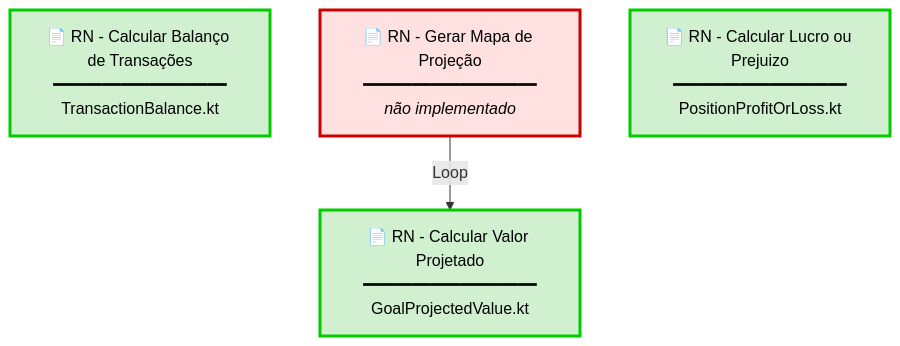
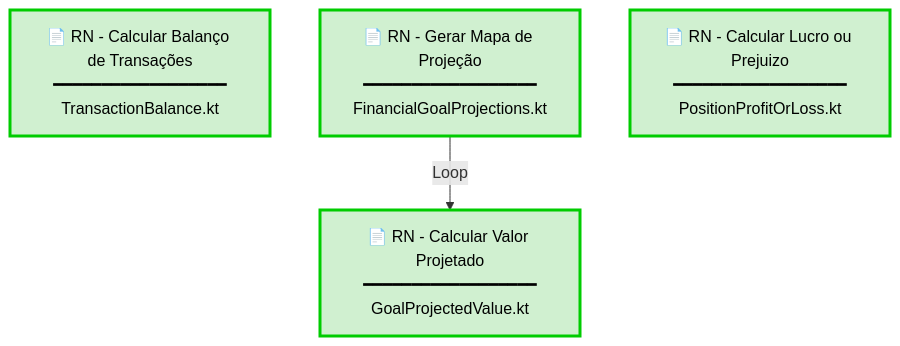
One commit to enirsilvaferraz/Investments-KMP changed the diagram in docs/Modelagem das Regras de Negocio.md. Above: the diagram before and after it, drawn with Mermaid. The commit also changed other lines of this file and 6 other files, not shown here.

````diff
--- a/docs/Modelagem das Regras de Negocio.md
+++ b/docs/Modelagem das Regras de Negocio.md
@@ -9,14 +9,14 @@
 ```mermaid
 graph TB
     RN1["📄 RN - Calcular Balanço de Transações<br/>━━━━━━━━━━━━━━━━━━<br/>TransactionBalance.kt"]
     RN2["📄 RN - Calcular Valor Projetado<br/>━━━━━━━━━━━━━━━━━━<br/>GoalProjectedValue.kt"]
-    RN3["📄 RN - Gerar Mapa de Projeção<br/>━━━━━━━━━━━━━━━━━━<br/><i>não implementado</i>"]
+    RN3["📄 RN - Gerar Mapa de Projeção<br/>━━━━━━━━━━━━━━━━━━<br/>FinancialGoalProjections.kt"]
     RN4["📄 RN - Calcular Lucro ou Prejuizo<br/>━━━━━━━━━━━━━━━━━━<br/>PositionProfitOrLoss.kt"]
     
     RN3 --> | Loop | RN2
     
     style RN1 fill:#d0f0d0,stroke:#00cc00,stroke-width:3px,color:#000
     style RN2 fill:#d0f0d0,stroke:#00cc00,stroke-width:3px,color:#000
-    style RN3 fill:#ffe1e1,stroke:#cc0000,stroke-width:3px,color:#000
+    style RN3 fill:#d0f0d0,stroke:#00cc00,stroke-width:3px,color:#000
     style RN4 fill:#d0f0d0,stroke:#00cc00,stroke-width:3px,color:#000
 ```
````
